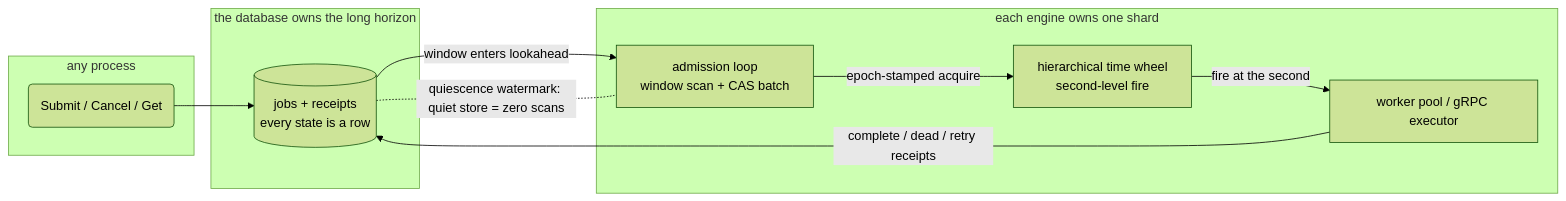
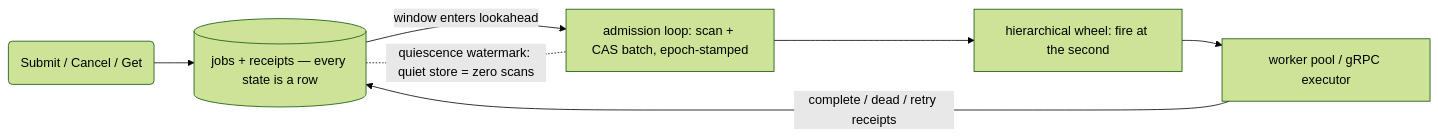
Before and after one commit to EdwardShen125/hourglass: the diagram in README.md, drawn with Mermaid (forest theme). The commit also changed other lines of this file and 15 other files, not shown here.

````diff
--- a/README.md
+++ b/README.md
@@ -65,23 +42,9 @@
 ```mermaid
 flowchart LR
-    subgraph submit["any process"]
-        S("Submit / Cancel / Get")
-    end
-    subgraph storebox["the database owns the long horizon"]
-        DB[("jobs + receipts
-        every state is a row")]
-    end
-    subgraph enginebox["each engine owns one shard"]
-        AL["admission loop
-        window scan + CAS batch"]
-        TW["hierarchical time wheel
-        second-level fire"]
-        WP["worker pool / gRPC executor"]
-    end
-    S --> DB
-    DB -- "window enters lookahead" --> AL
-    AL -- "epoch-stamped acquire" --> TW
-    TW -- "fire at the second" --> WP
+    S("Submit / Cancel / Get") --> DB[("jobs + receipts — every state is a row")]
+    DB -- "window enters lookahead" --> AL["admission loop: scan + CAS batch, epoch-stamped"]
+    AL --> TW["hierarchical wheel: fire at the second"]
+    TW --> WP["worker pool / gRPC executor"]
     WP -- "complete / dead / retry receipts" --> DB
     DB -. "quiescence watermark: quiet store = zero scans" .- AL
 ```
````
